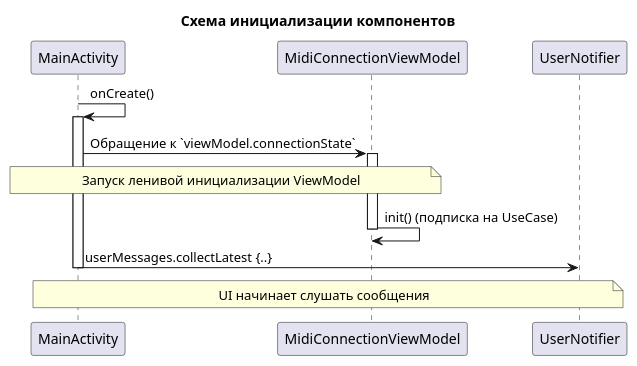
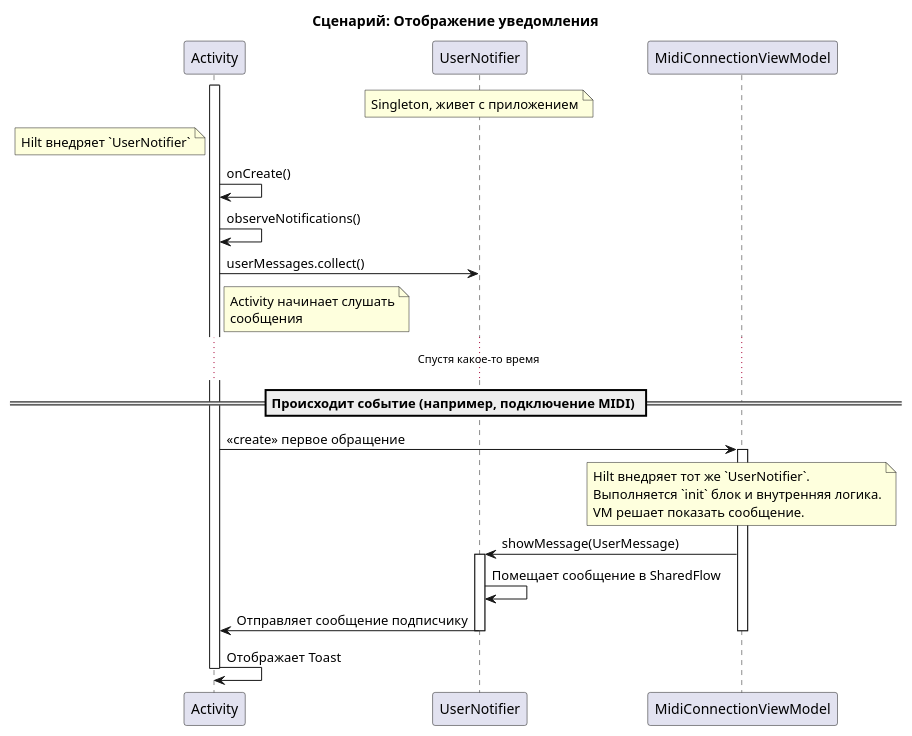
One commit to astrizhachuk/PianoFlow changed the fourth of 4 diagrams in docs/ts/MIDI_NOTIFICATION.md. Above: the diagram before and after it, drawn with PlantUML. The commit also changed other lines of this file and 1 other file, not shown here.

Commit message:
refactor: Реализация уведомлений о состоянии подключения MIDI-клавиатуры

````diff
--- a/docs/ts/MIDI_NOTIFICATION.md
+++ b/docs/ts/MIDI_NOTIFICATION.md
@@ -151,27 +157,39 @@
 ```plantuml
 @startuml
-title Схема инициализации компонентов
+title Сценарий: Отображение уведомления
 
-participant "MainActivity" as UI
+participant "Activity" as UI
+participant "UserNotifier" as Notifier
 participant "MidiConnectionViewModel" as VM
-participant "UserNotifier" as Notifier
 
-UI -> UI : onCreate()
+note over Notifier: Singleton, живет с приложением
 
 activate UI
-UI -> VM : Обращение к `viewModel.connectionState`
+note left of UI : Hilt внедряет `UserNotifier`
+UI -> UI : onCreate()
+UI -> UI : observeNotifications()
+UI -> Notifier : userMessages.collect()
+note right of UI : Activity начинает слушать\nсообщения
 
-note over UI, VM: Запуск ленивой инициализации ViewModel
+... Спустя какое-то время ...
 
+== Происходит событие (например, подключение MIDI) ==
+
+UI -> VM : <<create>> первое обращение
 activate VM
-VM -> VM : init() (подписка на UseCase)
+note over VM
+ Hilt внедряет тот же `UserNotifier`.
+ Выполняется `init` блок и внутренняя логика.
+ VM решает показать сообщение.
+end note
+VM -> Notifier : showMessage(UserMessage)
+activate Notifier
+Notifier -> Notifier : Помещает сообщение в SharedFlow
+Notifier -> UI : Отправляет сообщение подписчику
+deactivate Notifier
 deactivate VM
 
-UI -> Notifier : userMessages.collectLatest {..}
-
-note over UI, Notifier: UI начинает слушать сообщения
-
+UI -> UI : Отображает Toast
 deactivate UI
-
 @enduml
 ```
````
